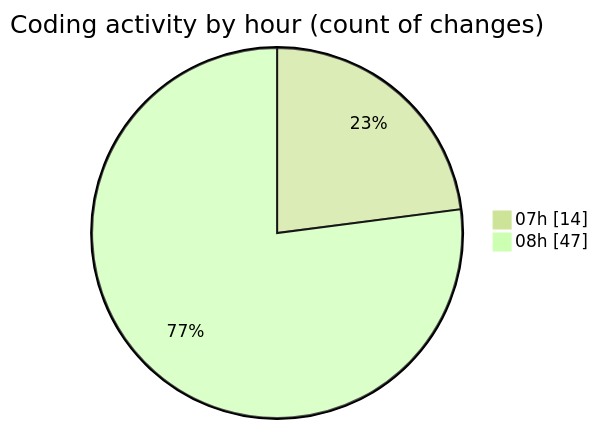
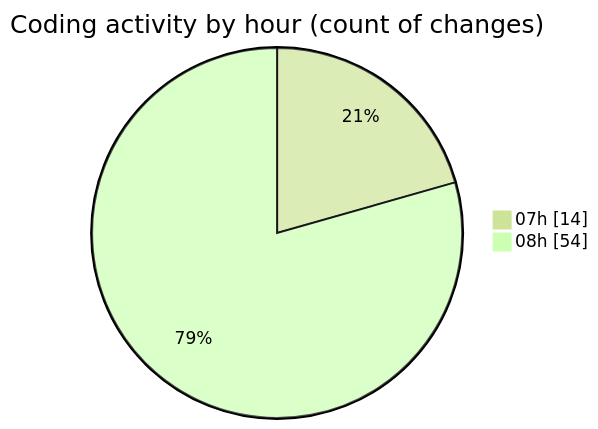
One commit to robertbonfada/code-tracking changed the second of 2 diagrams in 2025-02-05/mbc-web/README.md. Above: the diagram before and after it, drawn with Mermaid (forest theme). The commit also changed other lines of this file and 1 other file, not shown here.

````diff
--- a/2025-02-05/mbc-web/README.md
+++ b/2025-02-05/mbc-web/README.md
@@ -38,6 +39,6 @@
 ```mermaid
 pie showData
 title Coding activity by hour (count of changes)
 "07h" : 14
-"08h" : 47
+"08h" : 54
 ```
````
